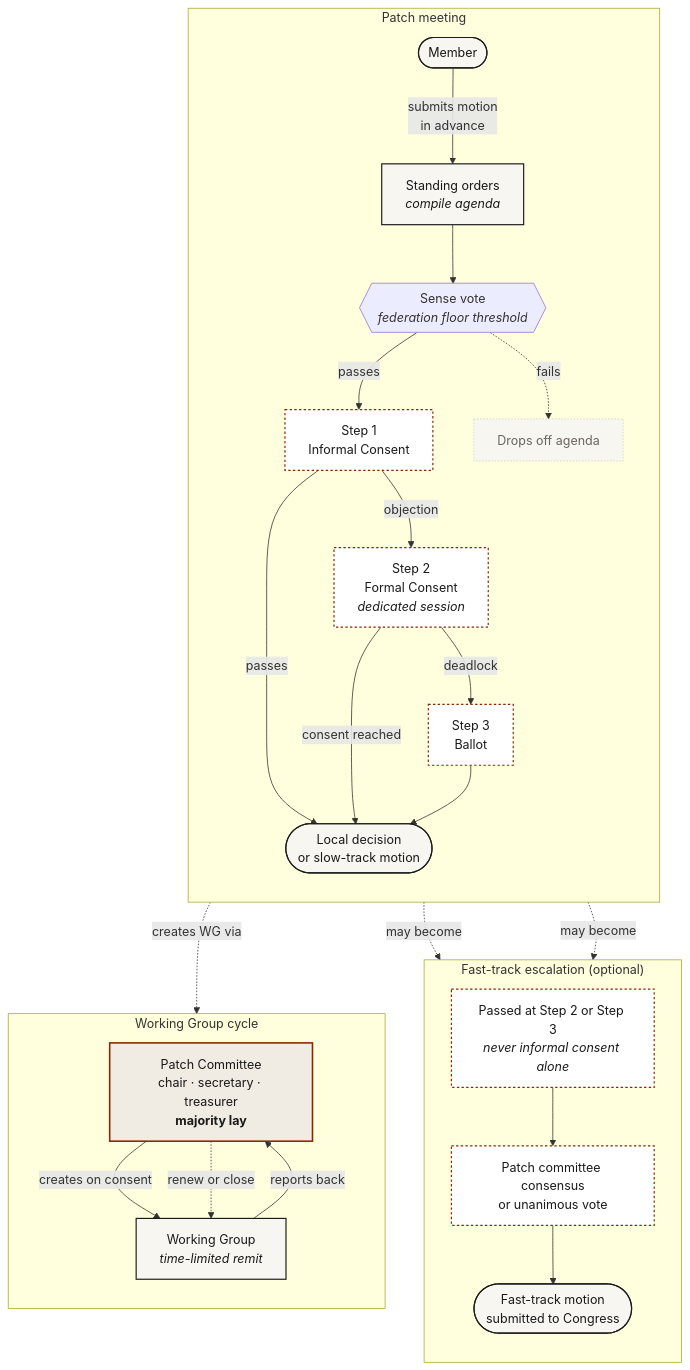
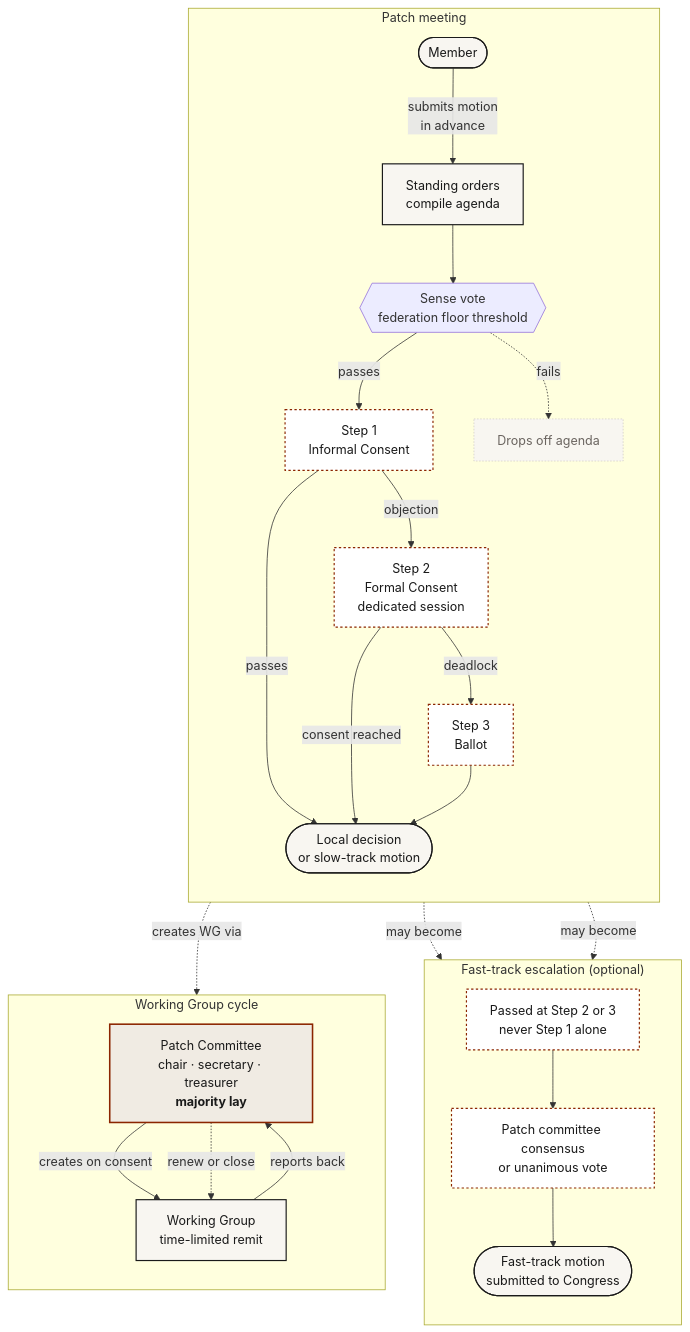
One commit to TheDryhtscipe/patchworkfed changed the diagram in patchwork-process.mmd. Above: the diagram before and after it, drawn with Mermaid. The commit also changed 3 other files, not shown here.

First line of the commit message:
Strip diagram italics to fix label clipping

```diff
--- a/patchwork-process.mmd
+++ b/patchwork-process.mmd
@@ -1,44 +1,44 @@
 %% Patchwork Federation — patch meeting process
 flowchart TB
 
   subgraph MEETING["Patch meeting"]
     direction TB
-    M(["Member"]) -->|submits motion<br/>in advance| AGENDA["Standing orders<br/><i>compile agenda</i>"]
-    AGENDA --> SENSE{{"Sense vote<br/><i>federation floor threshold</i>"}}
+    M(["Member"]) -->|submits motion<br/>in advance| AGENDA["Standing orders<br/>compile agenda"]
+    AGENDA --> SENSE{{"Sense vote<br/>federation floor threshold"}}
     SENSE -->|passes| S1["Step 1<br/>Informal Consent"]
     SENSE -.->|fails| DROP["Drops off agenda"]
-    S1 -->|objection| S2["Step 2<br/>Formal Consent<br/><i>dedicated session</i>"]
+    S1 -->|objection| S2["Step 2<br/>Formal Consent<br/>dedicated session"]
     S2 -->|deadlock| S3["Step 3<br/>Ballot"]
     S1 -->|passes| OUT(["Local decision<br/>or slow-track motion"])
     S2 -->|consent reached| OUT
     S3 --> OUT
   end
 
   subgraph FAST["Fast-track escalation (optional)"]
     direction TB
-    FG1["Passed at Step 2 or Step 3<br/><i>never informal consent alone</i>"]
+    FG1["Passed at Step 2 or 3<br/>never Step 1 alone"]
     FG2["Patch committee consensus<br/>or unanimous vote"]
     FG1 --> FG2
     FG2 --> FOUT(["Fast-track motion<br/>submitted to Congress"])
   end
 
   S2 -.may become.-> FG1
   S3 -.may become.-> FG1
 
   subgraph WG_CYCLE["Working Group cycle"]
     direction TB
-    COMM["Patch Committee<br/>chair · secretary · treasurer<br/><b>majority lay</b>"] -->|creates on consent| WG["Working Group<br/><i>time-limited remit</i>"]
+    COMM["Patch Committee<br/>chair · secretary · treasurer<br/><b>majority lay</b>"] -->|creates on consent| WG["Working Group<br/>time-limited remit"]
     WG -->|reports back| COMM
     COMM -.->|renew or close| WG
   end
 
   OUT -.creates WG via.-> COMM
 
   classDef accent fill:#f0ebe3,stroke:#8b2500,stroke-width:2px,color:#1a1a1a
   classDef body fill:#f8f6f1,stroke:#1a1a1a,stroke-width:1.5px,color:#1a1a1a
   classDef process fill:#fff,stroke:#8b2500,stroke-width:1.5px,color:#1a1a1a,stroke-dasharray: 3 3
   classDef muted fill:#f8f6f1,stroke:#d4cfc8,stroke-width:1px,color:#6b6560,stroke-dasharray: 2 2
   class COMM accent
   class WG,M,AGENDA,OUT,FOUT body
   class S1,S2,S3,FG1,FG2 process
   class DROP muted
```
